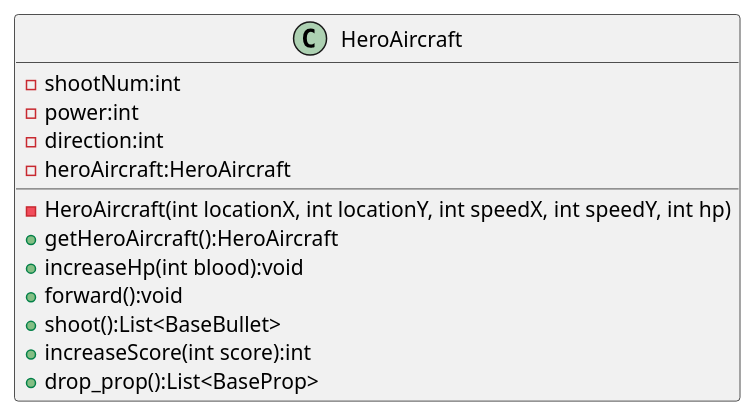
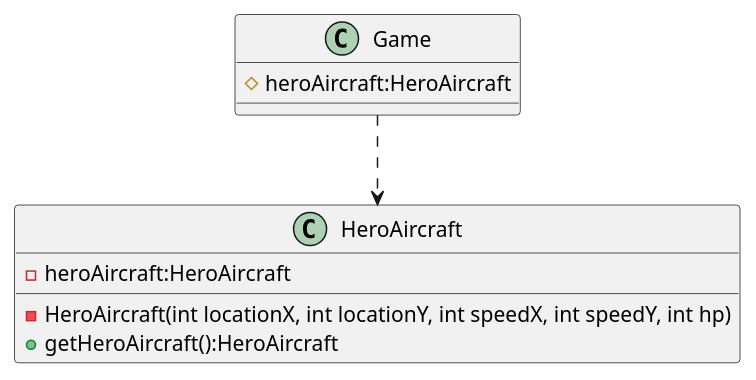
Before and after one commit to fanlile/AircraftWar: the diagram in uml/Singleton.puml, drawn with PlantUML. The commit also changed 29 other files, not shown here.

```diff
--- a/uml/Singleton.puml
+++ b/uml/Singleton.puml
@@ -1,16 +1,13 @@
 @startuml
 
 class HeroAircraft {
-    - shootNum:int
-    - power:int
-    - direction:int
     - heroAircraft:HeroAircraft
     - HeroAircraft(int locationX, int locationY, int speedX, int speedY, int hp)
     + getHeroAircraft():HeroAircraft
-    + increaseHp(int blood):void
-    + forward():void
-    + shoot():List<BaseBullet>
-    + increaseScore(int score):int
-    + drop_prop():List<BaseProp>
 }
+class Game {
+    # heroAircraft:HeroAircraft
+}
+
+Game ..> HeroAircraft
 @enduml
```
